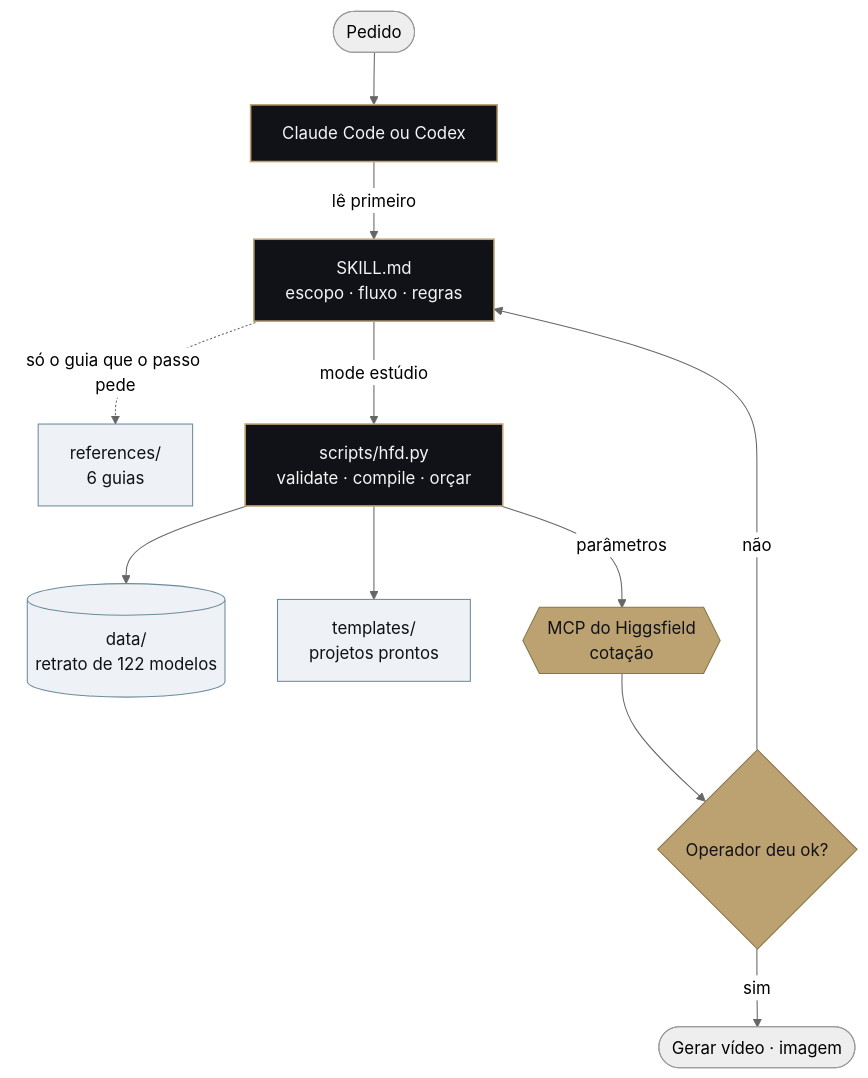
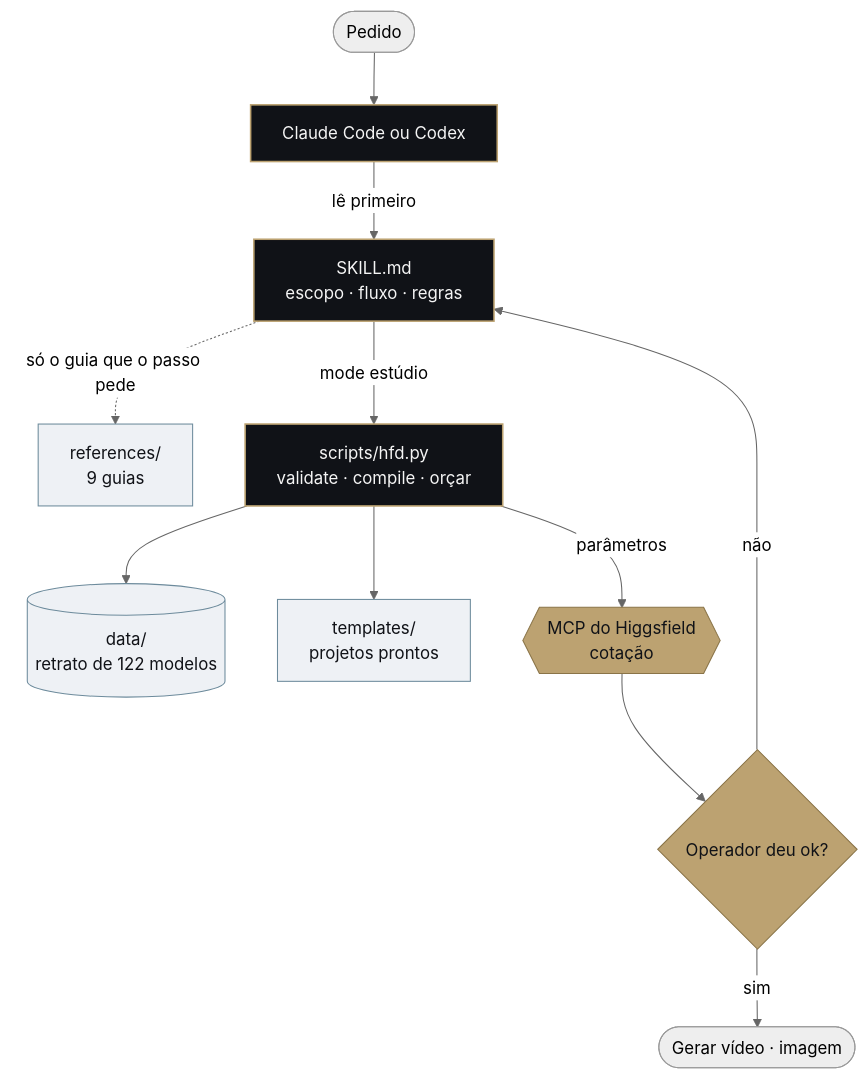
One commit to rniedson/higgsfield-director-pro-skill changed the first of 2 diagrams in README.pt-BR.md. Above: the diagram before and after it, drawn with Mermaid (neutral theme). The commit also changed other lines of this file and 32 other files, not shown here.

First line of the commit message:
Examples at the root, a guide with diagrams in each main folder, and illustrated lessons (#30)

````diff
--- a/README.pt-BR.md
+++ b/README.pt-BR.md
@@ -160,19 +160,19 @@
 ```mermaid
 flowchart TD
     U([Pedido]) --> A[Claude Code ou Codex]
     A -->|lê primeiro| S[SKILL.md<br/>escopo · fluxo · regras]
-    S -.->|só o guia que o passo pede| R[references/<br/>6 guias]
+    S -.->|só o guia que o passo pede| R[references/<br/>9 guias]
     S -->|mode estúdio| H[scripts/hfd.py<br/>validate · compile · orçar]
     H --> D[(data/<br/>retrato de 122 modelos)]
     H --> T[templates/<br/>projetos prontos]
     H -->|parâmetros| M{{MCP do Higgsfield<br/>cotação}}
     M --> O{Operador deu ok?}
     O -->|sim| G([Gerar vídeo · imagem])
     O -->|não| S
     classDef core fill:#101217,stroke:#bca271,color:#f5f5f5,stroke-width:1.5px
     classDef gold fill:#bca271,stroke:#8a7448,color:#101217
     classDef soft fill:#eef1f5,stroke:#6d8b9c,color:#101217
     class A,S,H core
     class M,O gold
     class R,D,T soft
 ```
````
